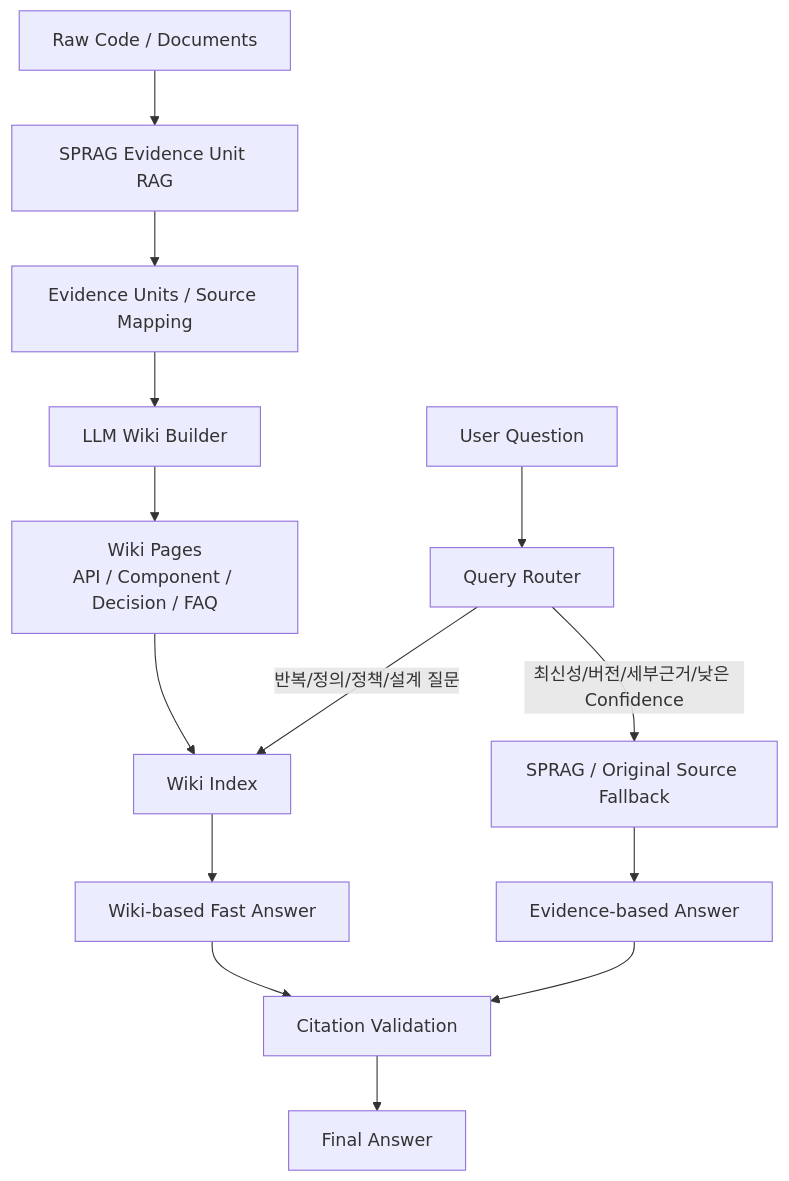
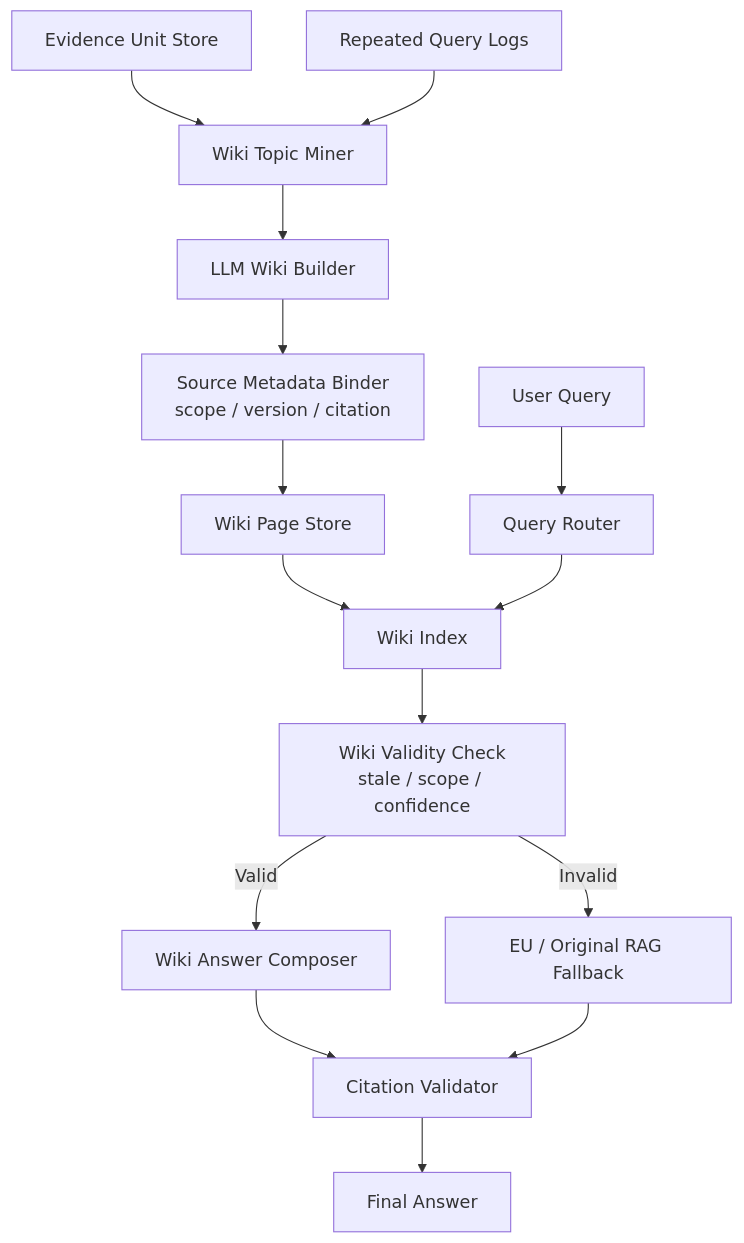
The third of 3 diagrams in doc/04_DP3_Knowledge_Access_Strategy.md (younlea/2026_architect_9B_team), drawn with Mermaid before and after one commit. The commit also changed other lines of this file and 1 other file, not shown here.

````diff
--- a/doc/04_DP3_Knowledge_Access_Strategy.md
+++ b/doc/04_DP3_Knowledge_Access_Strategy.md
@@ -234,21 +233,17 @@
 ```mermaid
 flowchart TD
-    A[Raw Code / Documents] --> B[SPRAG Evidence Unit RAG]
-    B --> C[Evidence Units / Source Mapping]
-
-    C --> W[LLM Wiki Builder]
-    W --> P[Wiki Pages<br/>API / Component / Decision / FAQ]
-    P --> I[Wiki Index]
-
-    Q[User Question] --> R[Query Router]
-
-    R -->|반복/정의/정책/설계 질문| I
-    I --> WA[Wiki-based Fast Answer]
-
-    R -->|최신성/버전/세부근거/낮은 Confidence| ER[SPRAG / Original Source Fallback]
-    ER --> EA[Evidence-based Answer]
-
-    WA --> CV[Citation Validation]
-    EA --> CV
-    CV --> L[Final Answer]
+    A[Evidence Unit Store] --> B[Wiki Topic Miner]
+    C[Repeated Query Logs] --> B
+    B --> D[LLM Wiki Builder]
+    D --> E[Source Metadata Binder<br/>scope / version / citation]
+    E --> F[Wiki Page Store]
+    F --> G[Wiki Index]
+    H[User Query] --> I[Query Router]
+    I --> G
+    G --> J[Wiki Validity Check<br/>stale / scope / confidence]
+    J -->|Valid| K[Wiki Answer Composer]
+    J -->|Invalid| L[EU / Original RAG Fallback]
+    K --> M[Citation Validator]
+    L --> M
+    M --> N[Final Answer]
 ```
````
